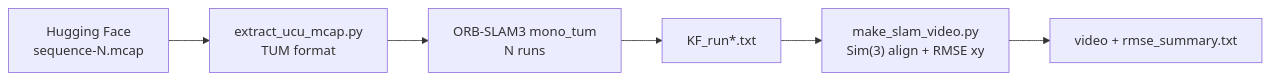
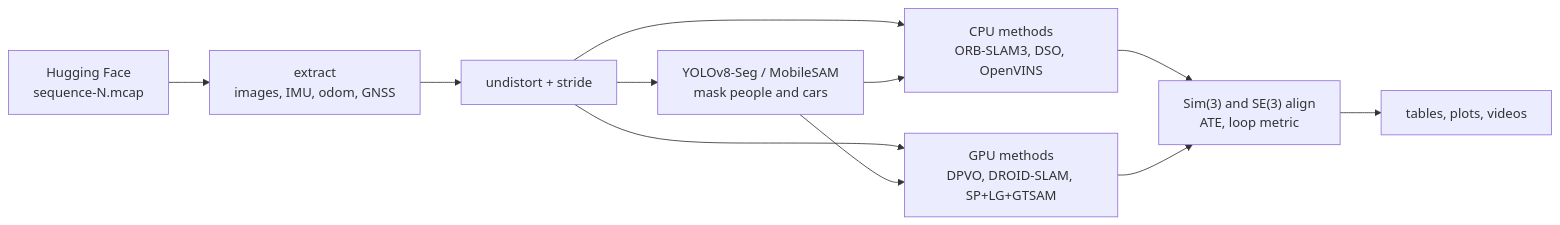
The diagram in README.md (MaksHobela/ai_benchmark_hobela_hapiuk), drawn with Mermaid before and after one commit. The commit also changed other lines of this file and 6 other files, not shown here.

First line of the commit message:
Add SLAM pipeline implementations and orchestrator for sequence processing

````diff
--- a/README.md
+++ b/README.md
@@ -46,8 +39,13 @@
 ```mermaid
 flowchart LR
-    A["Hugging Face\nsequence-N.mcap"] --> B["extract_ucu_mcap.py\nTUM format"]
-    B --> C["ORB-SLAM3 mono_tum\nN runs"]
-    C --> D["KF_run*.txt"]
-    D --> E["make_slam_video.py\nSim(3) align + RMSE xy"]
-    E --> F["video + rmse_summary.txt"]
+    A["Hugging Face\nsequence-N.mcap"] --> B["extract\nimages, IMU, odom, GNSS"]
+    B --> C["undistort + stride"]
+    C --> D["CPU methods\nORB-SLAM3, DSO, OpenVINS"]
+    C --> E["GPU methods\nDPVO, DROID-SLAM, SP+LG+GTSAM"]
+    C --> M["YOLOv8-Seg / MobileSAM\nmask people and cars"]
+    M --> D
+    M --> E
+    D --> F["Sim(3) and SE(3) align\nATE, loop metric"]
+    E --> F
+    F --> G["tables, plots, videos"]
 ```
````
